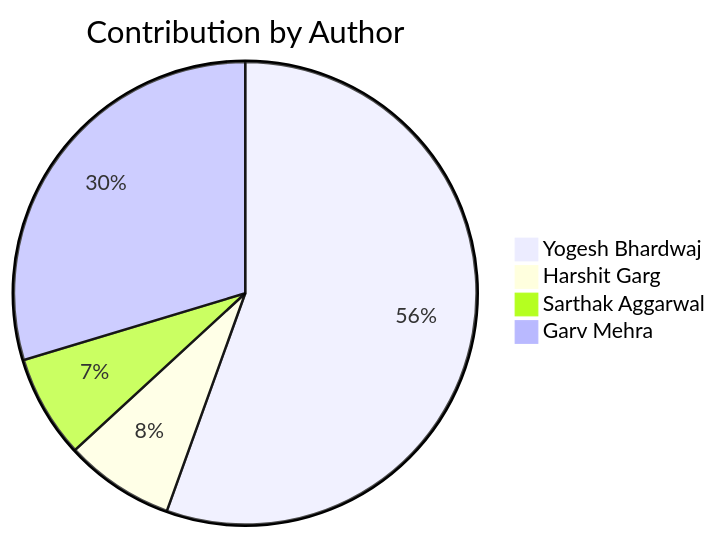
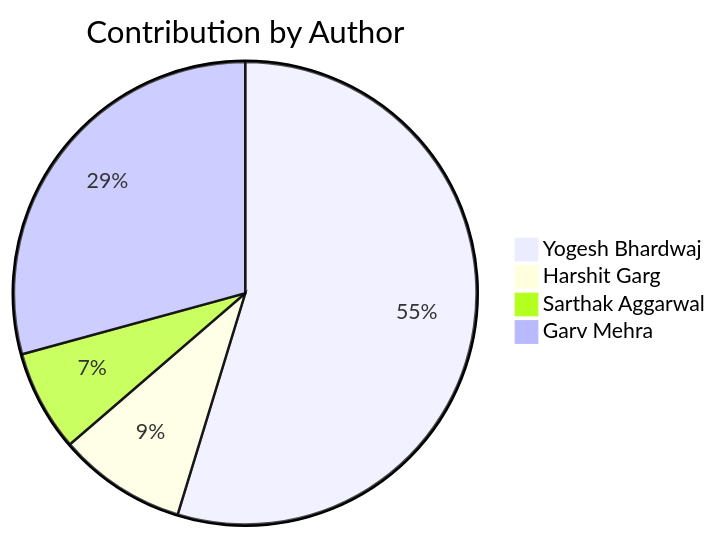
Before and after one commit to Yogesh-Bhardwaj-hue/Scm-Final_2.0: the second of 2 diagrams in README.md, drawn with Mermaid. The commit also changed other lines of this file, not shown here.

Commit message:
Update contribution charts

````diff
--- a/README.md
+++ b/README.md
@@ -192,7 +192,7 @@
 ```mermaid
 pie title Contribution by Author
     "Yogesh Bhardwaj": 116
-    "Harshit Garg": 16
+    "Harshit Garg": 19
     "Sarthak Aggarwal": 15
     "Garv Mehra": 62
 ```
````
